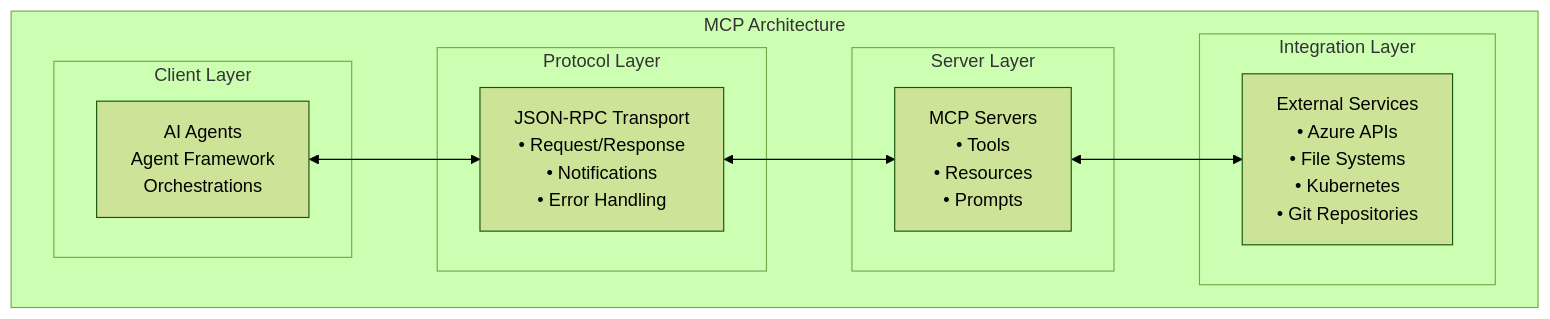
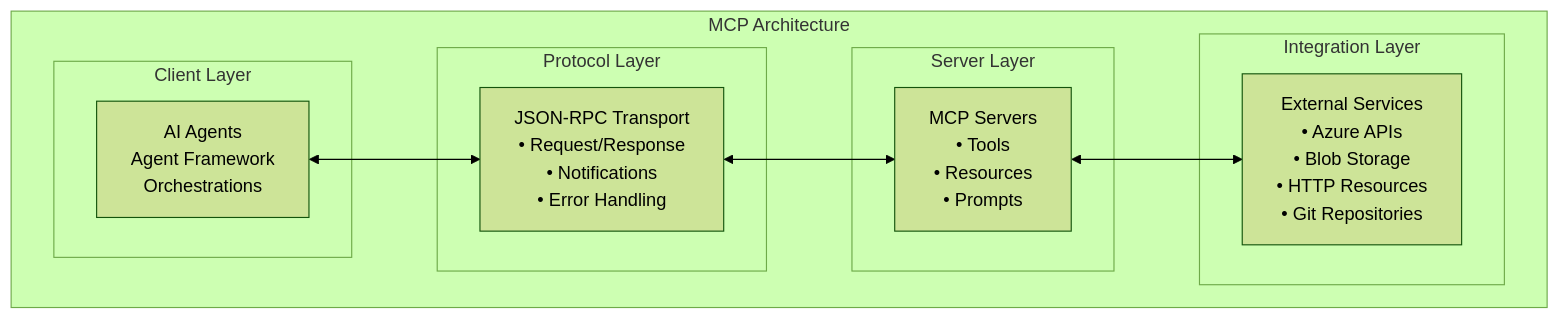
Before and after one commit to microsoft/Container-Migration-Solution-Accelerator: the first of 2 diagrams in docs/MCPServerGuide.md, drawn with Mermaid (forest theme). The commit also changed other lines of this file and 17 other files, not shown here.

````diff
--- a/docs/MCPServerGuide.md
+++ b/docs/MCPServerGuide.md
@@ -13,24 +13,24 @@
 ```mermaid
 graph TB
     subgraph "MCP Architecture"
         subgraph "Client Layer"
             A[AI Agents<br/>Agent Framework<br/>Orchestrations]
         end
 
         subgraph "Protocol Layer"
             B[JSON-RPC Transport<br/>• Request/Response<br/>• Notifications<br/>• Error Handling]
         end
 
         subgraph "Server Layer"
             C[MCP Servers<br/>• Tools<br/>• Resources<br/>• Prompts]
         end
 
         subgraph "Integration Layer"
-            D[External Services<br/>• Azure APIs<br/>• File Systems<br/>• Kubernetes<br/>• Git Repositories]
+            D[External Services<br/>• Azure APIs<br/>• Blob Storage<br/>• HTTP Resources<br/>• Git Repositories]
         end
 
         A <--> B
         B <--> C
         C <--> D
     end
 ```
````
